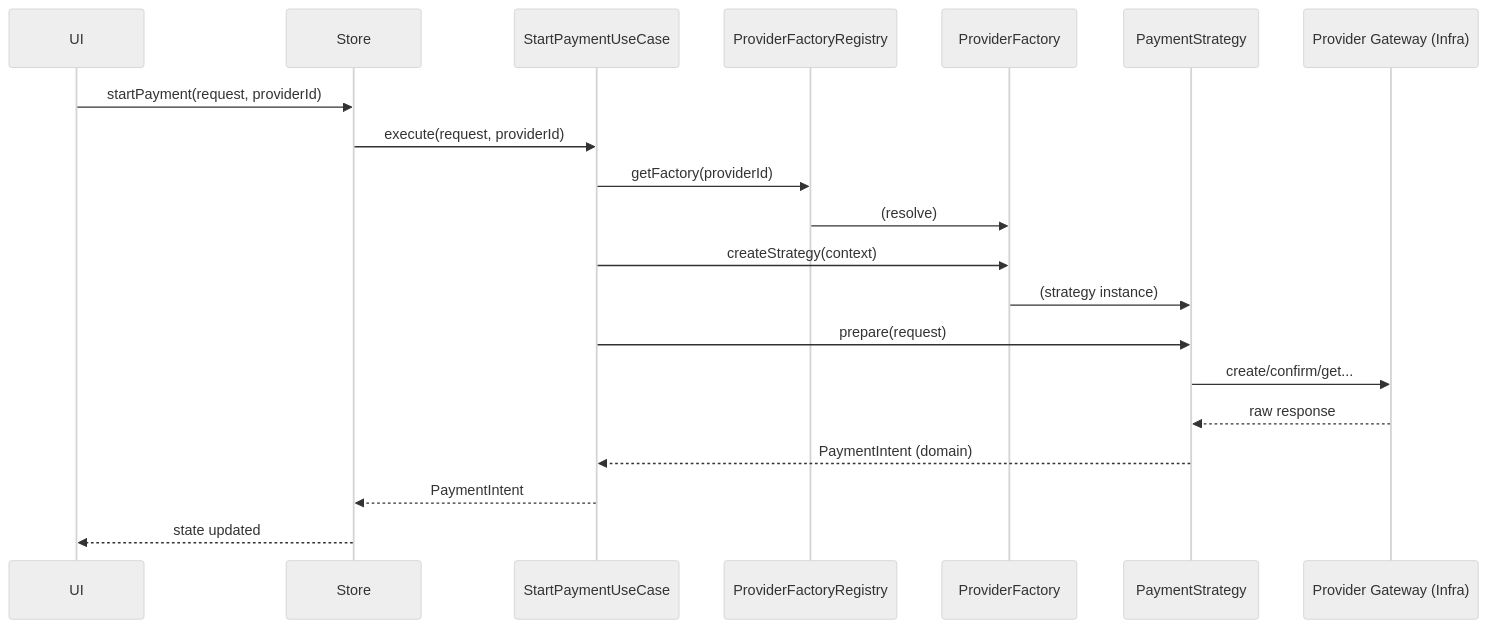
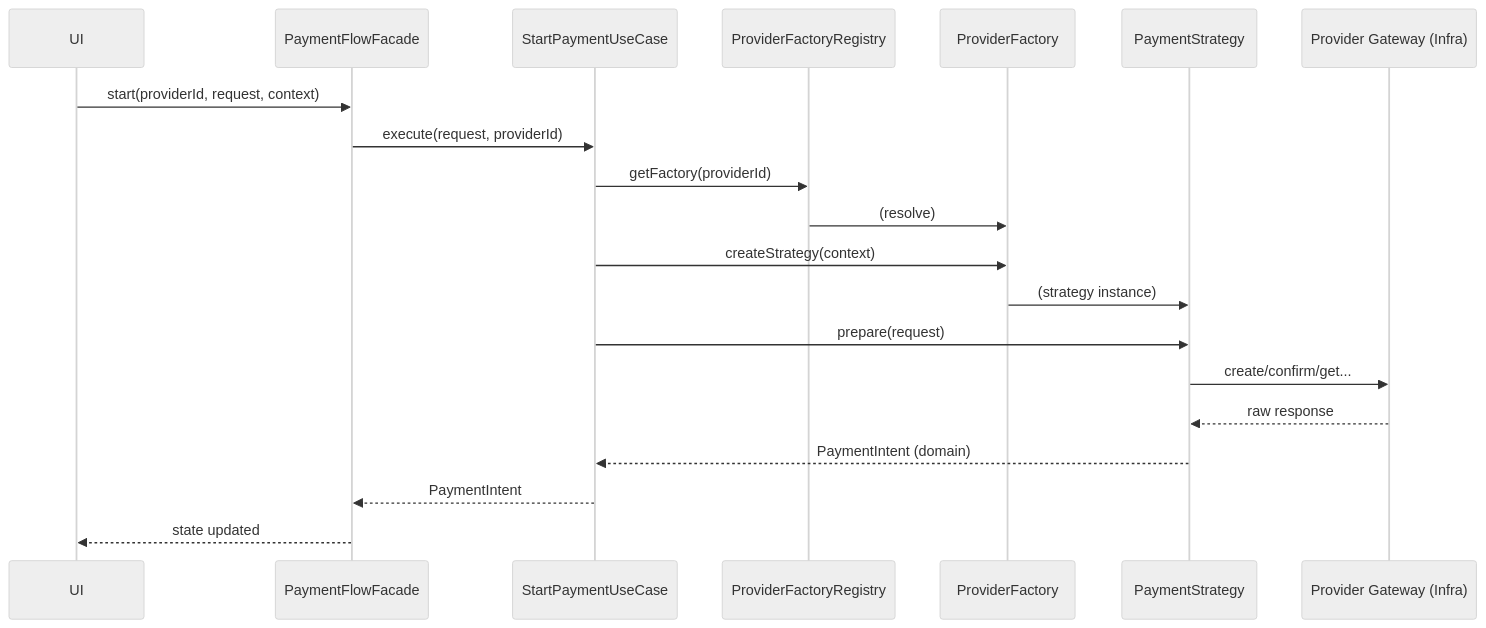
The diagram in README.md (josuerojasoyervides/payment-service), drawn with Mermaid (neutral theme) before and after one commit. The commit also changed other lines of this file and 39 other files, not shown here.

````diff
--- a/README.md
+++ b/README.md
@@ -224,23 +226,23 @@
 ```mermaid
 sequenceDiagram
   participant UI
-  participant Store
+  participant Flow as PaymentFlowFacade
   participant UseCase as StartPaymentUseCase
   participant Registry as ProviderFactoryRegistry
   participant Factory as ProviderFactory
   participant Strategy as PaymentStrategy
   participant Gateway as Provider Gateway (Infra)
 
-  UI->>Store: startPayment(request, providerId)
-  Store->>UseCase: execute(request, providerId)
+  UI->>Flow: start(providerId, request, context)
+  Flow->>UseCase: execute(request, providerId)
   UseCase->>Registry: getFactory(providerId)
   Registry->>Factory: (resolve)
   UseCase->>Factory: createStrategy(context)
   Factory->>Strategy: (strategy instance)
   UseCase->>Strategy: prepare(request)
   Strategy->>Gateway: create/confirm/get...
   Gateway-->>Strategy: raw response
   Strategy-->>UseCase: PaymentIntent (domain)
-  UseCase-->>Store: PaymentIntent
-  Store-->>UI: state updated
+  UseCase-->>Flow: PaymentIntent
+  Flow-->>UI: state updated
 ```
````
